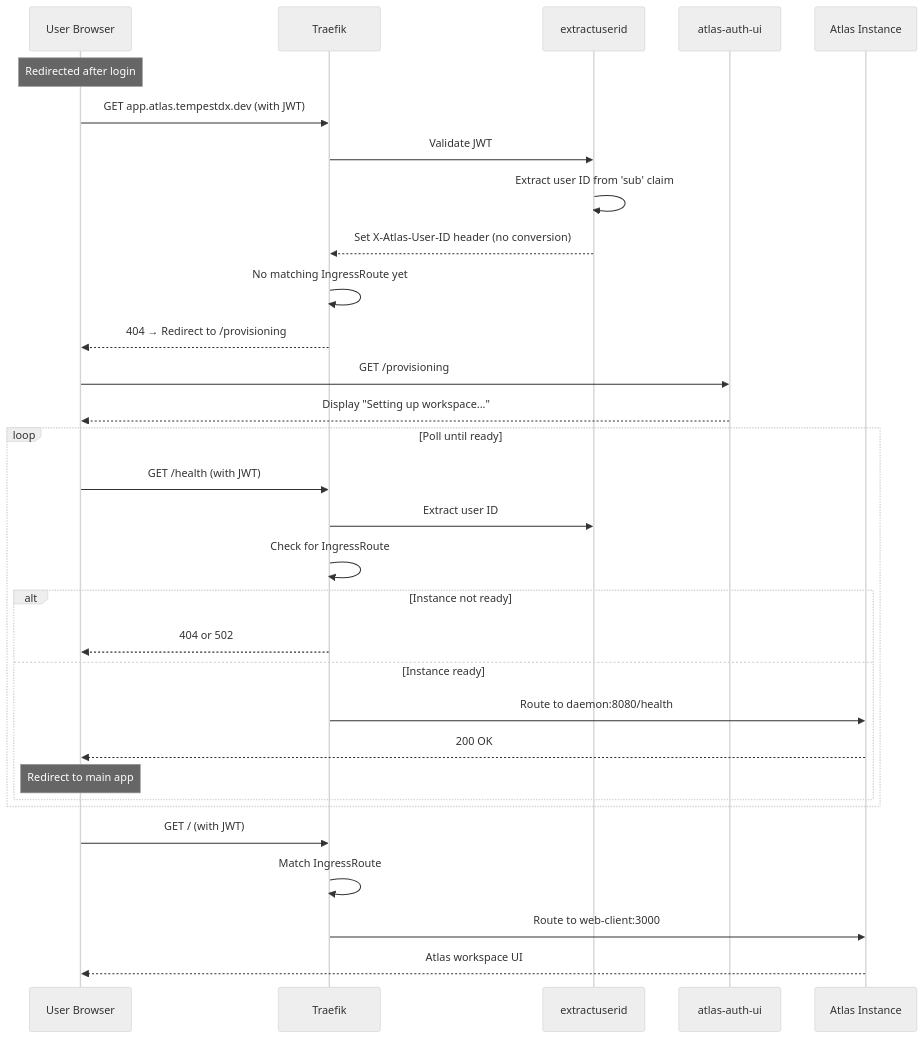
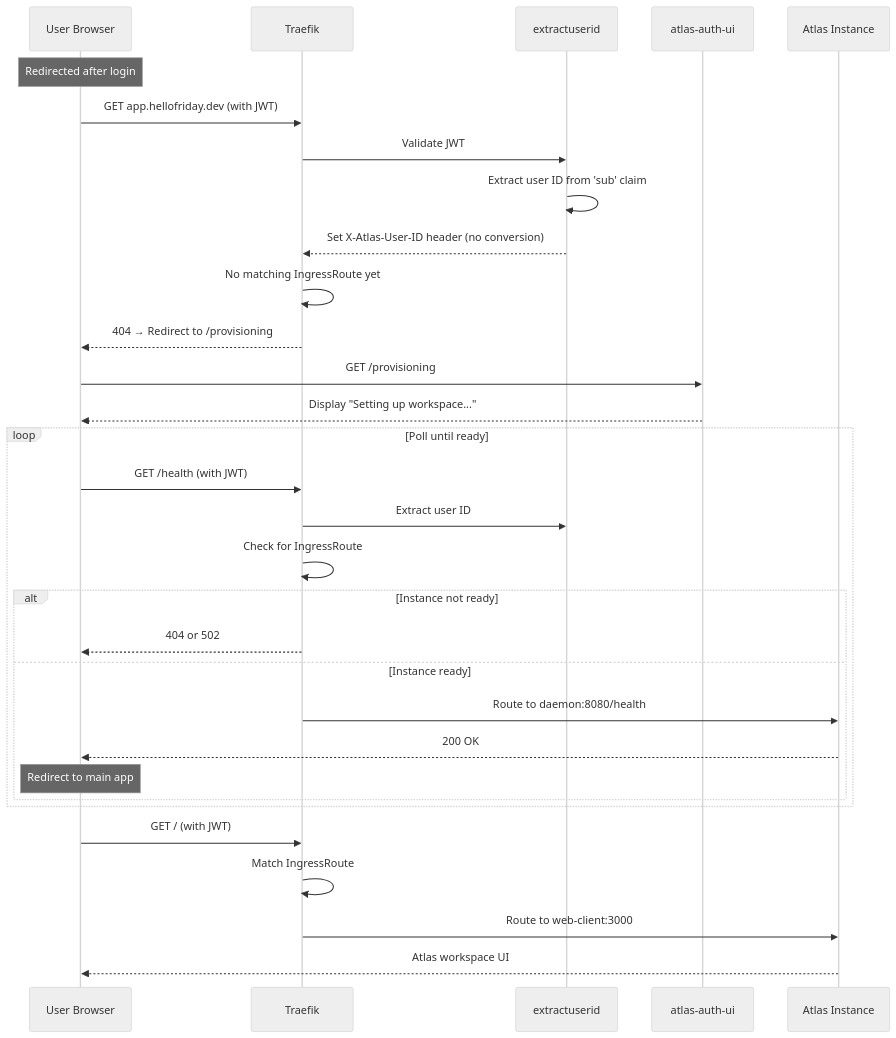
One commit to friday-platform/friday-studio changed the fifth of 10 diagrams in docs/ATLAS_AUTH_USER_JOURNEY.md. Above: the diagram before and after it, drawn with Mermaid (neutral theme). The commit also changed other lines of this file and 20 other files, not shown here.

First line of the commit message:
chore: rebrand domains from tempestdx to hellofriday (#1223)

````diff
--- a/docs/ATLAS_AUTH_USER_JOURNEY.md
+++ b/docs/ATLAS_AUTH_USER_JOURNEY.md
@@ -129,37 +129,37 @@
 ```mermaid
 sequenceDiagram
     participant U as User Browser
     participant T as Traefik
     participant E as extractuserid
     participant A as atlas-auth-ui
     participant I as Atlas Instance
 
     Note over U: Redirected after login
-    U->>T: GET app.atlas.tempestdx.dev (with JWT)
+    U->>T: GET app.hellofriday.dev (with JWT)
     T->>E: Validate JWT
     E->>E: Extract user ID from 'sub' claim
     E-->>T: Set X-Atlas-User-ID header (no conversion)
     T->>T: No matching IngressRoute yet
     T-->>U: 404 → Redirect to /provisioning
 
     U->>A: GET /provisioning
     A-->>U: Display "Setting up workspace..."
 
     loop Poll until ready
         U->>T: GET /health (with JWT)
         T->>E: Extract user ID
         T->>T: Check for IngressRoute
         alt Instance not ready
             T-->>U: 404 or 502
         else Instance ready
             T->>I: Route to daemon:8080/health
             I-->>U: 200 OK
             Note over U: Redirect to main app
         end
     end
 
     U->>T: GET / (with JWT)
     T->>T: Match IngressRoute
     T->>I: Route to web-client:3000
     I-->>U: Atlas workspace UI
 ```
````
